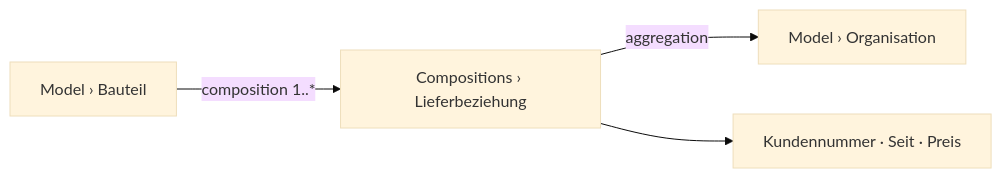
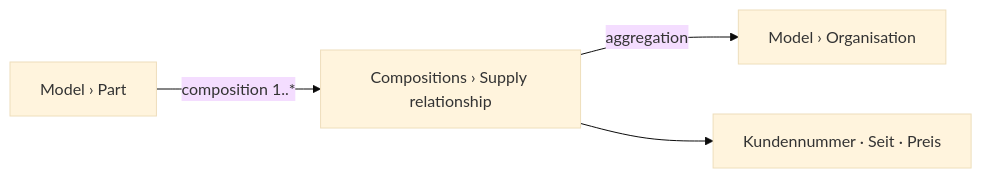
Before and after one commit to sfambach/wp-taxonomy-modeler: the third of 3 diagrams in docs/NewConcept/96-scenario-check.md, drawn with Mermaid (base theme). The commit also changed other lines of this file and 7 other files, not shown here.

````diff
--- a/docs/NewConcept/96-scenario-check.md
+++ b/docs/NewConcept/96-scenario-check.md
@@ -105,6 +105,6 @@
 ```mermaid
 flowchart LR
-  B["Model › Bauteil"] -->|composition 1..*| LB["Compositions › Lieferbeziehung"]
+  B["Model › Part"] -->|composition 1..*| LB["Compositions › Supply relationship"]
   LB -->|aggregation| O["Model › Organisation"]
   LB --> K["Kundennummer · Seit · Preis"]
 ```
````
